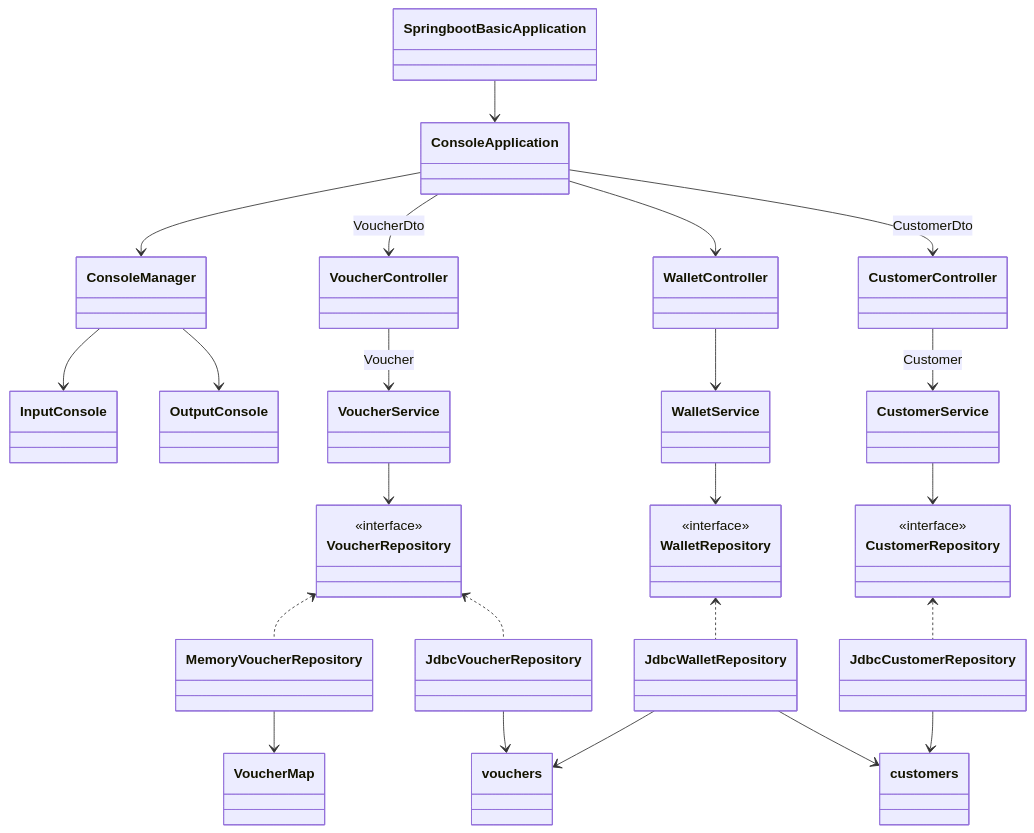
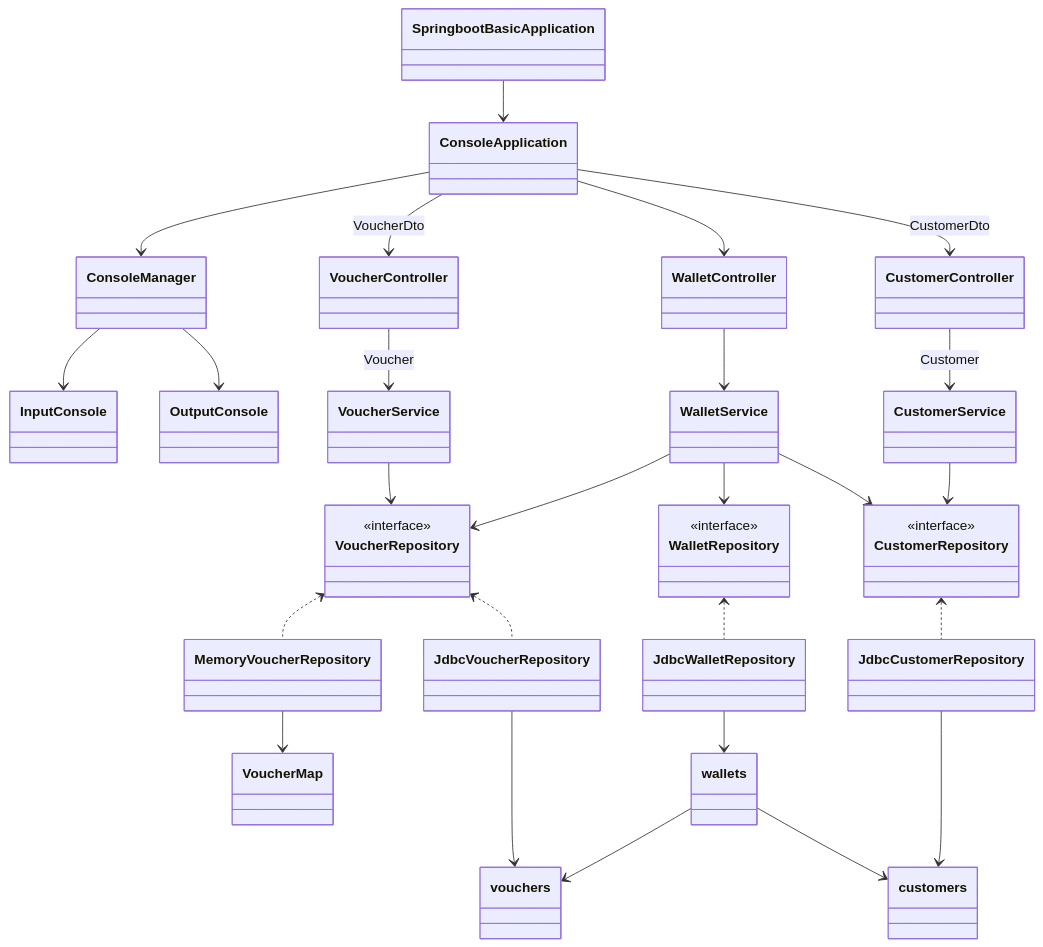
The diagram in application.mermaid (prgrms-be-devcourse/springboot-basic), drawn with Mermaid before and after one commit. The commit also changed 39 other files, not shown here.

```diff
--- a/application.mermaid
+++ b/application.mermaid
@@ -1,57 +1,60 @@
 classDiagram
 
     %% Controller
     class SpringbootBasicApplication
     class ConsoleApplication
     SpringbootBasicApplication --> ConsoleApplication
     ConsoleApplication --> ConsoleManager
 
     %% IO
     class ConsoleManager
     class InputConsole
     class OutputConsole
     ConsoleManager --> InputConsole
     ConsoleManager --> OutputConsole
 
     %% Controller
     class VoucherController
     class CustomerController
     class WalletController
     ConsoleApplication --> VoucherController : VoucherDto
     ConsoleApplication --> CustomerController : CustomerDto
     ConsoleApplication --> WalletController
 
     %% Service
     class VoucherService
     class CustomerService
     VoucherController --> VoucherService : Voucher
     CustomerController --> CustomerService : Customer
     WalletController --> WalletService
 
     %% Repository
     class VoucherRepository {
         <<interface>>
     }
     VoucherService --> VoucherRepository
     class MemoryVoucherRepository
     MemoryVoucherRepository --> VoucherMap
     class JdbcVoucherRepository
     JdbcVoucherRepository --> vouchers
     VoucherRepository <.. MemoryVoucherRepository
     VoucherRepository <.. JdbcVoucherRepository
+    WalletService --> VoucherRepository
 
     class WalletRepository {
         <<interface>>
     }
     WalletService --> WalletRepository
     WalletRepository <.. JdbcWalletRepository
-    JdbcWalletRepository --> vouchers
-    JdbcWalletRepository --> customers
+    JdbcWalletRepository --> wallets
+    wallets --> customers
+    wallets --> vouchers
 
     class CustomerRepository {
         <<interface>>
     }
+    WalletService --> CustomerRepository
     CustomerService --> CustomerRepository
     class JdbcCustomerRepository
     CustomerRepository <.. JdbcCustomerRepository
     JdbcCustomerRepository --> customers
```
